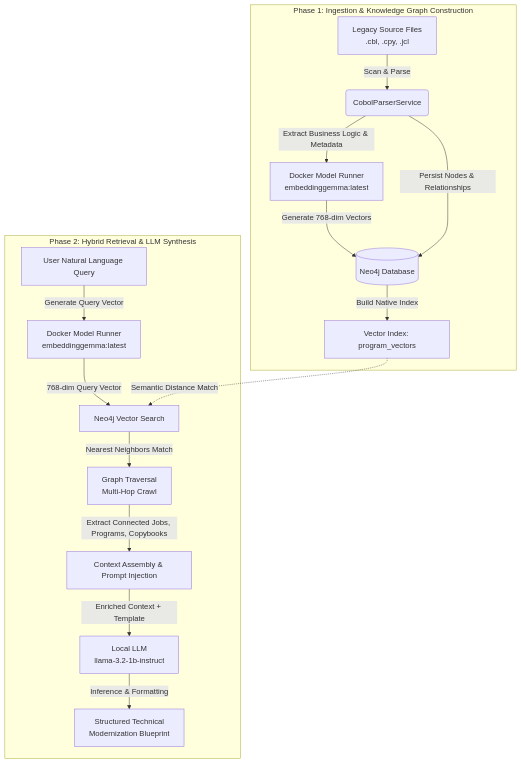
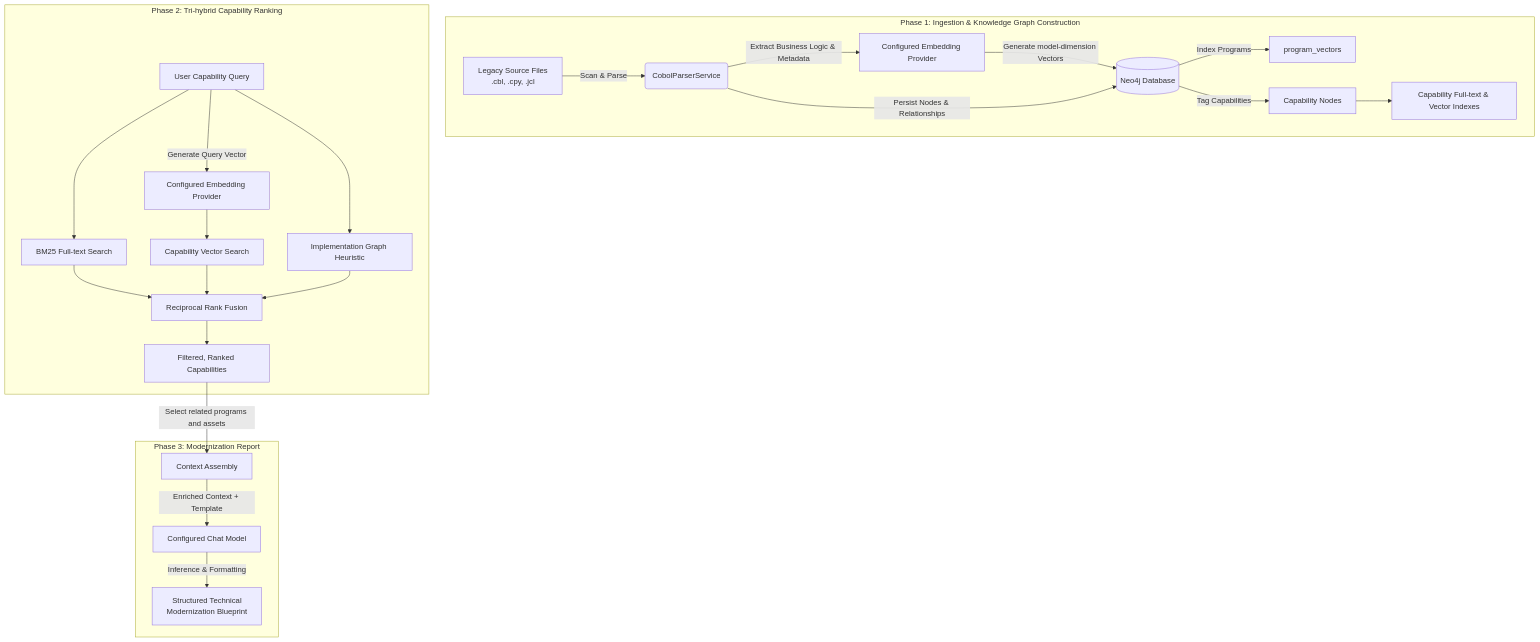
One commit to pritamnikam/cobol-graphrag-modernizer changed the second of 4 diagrams in README.md. Above: the diagram before and after it, drawn with Mermaid. The commit also changed other lines of this file and 8 other files, not shown here.

Commit message:
Implemented tri-hybrid capability discovery: lexical, hurastic & semantic search

````diff
--- a/README.md
+++ b/README.md
@@ -271,22 +306,30 @@
 ```mermaid
 flowchart TD
     subgraph Phase1 ["Phase 1: Ingestion & Knowledge Graph Construction"]
         A[Legacy Source Files\n.cbl, .cpy, .jcl] -->|Scan & Parse| B(CobolParserService)
-        B -->|Extract Business Logic & Metadata| C[Docker Model Runner\nembeddinggemma:latest]
-        C -->|Generate 768-dim Vectors| D[(Neo4j Database)]
+        B -->|Extract Business Logic & Metadata| C[Configured Embedding Provider]
+        C -->|Generate model-dimension Vectors| D[(Neo4j Database)]
         B -->|Persist Nodes & Relationships| D
-        D -->|Build Native Index| E[Vector Index: program_vectors]
+        D -->|Index Programs| E[program_vectors]
+        D -->|Tag Capabilities| F[Capability Nodes]
+        F --> G[Capability Full-text & Vector Indexes]
     end
 
-    subgraph Phase2 ["Phase 2: Hybrid Retrieval & LLM Synthesis"]
-        U[User Natural Language Query] -->|Generate Query Vector| F[Docker Model Runner\nembeddinggemma:latest]
-        F -->|768-dim Query Vector| G[Neo4j Vector Search]
-        G -->|Nearest Neighbors Match| H[Graph Traversal\nMulti-Hop Crawl]
-        H -->|Extract Connected Jobs, Programs, Copybooks| I[Context Assembly & Prompt Injection]
-        I -->|Enriched Context + Template| J[Local LLM\nllama-3.2-1b-instruct]
+    subgraph Phase2 ["Phase 2: Tri-hybrid Capability Ranking"]
+        U[User Capability Query] --> L[BM25 Full-text Search]
+        U -->|Generate Query Vector| Q[Configured Embedding Provider]
+        Q --> V[Capability Vector Search]
+        U --> H[Implementation Graph Heuristic]
+        L --> R[Reciprocal Rank Fusion]
+        V --> R
+        H --> R
+        R --> Z[Filtered, Ranked Capabilities]
+    end
+
+    subgraph Phase3 ["Phase 3: Modernization Report"]
+        Z -->|Select related programs and assets| I[Context Assembly]
+        I -->|Enriched Context + Template| J[Configured Chat Model]
         J -->|Inference & Formatting| K[Structured Technical\nModernization Blueprint]
     end
 
-    E -.->|Semantic Distance Match| G
-
 ```
````
